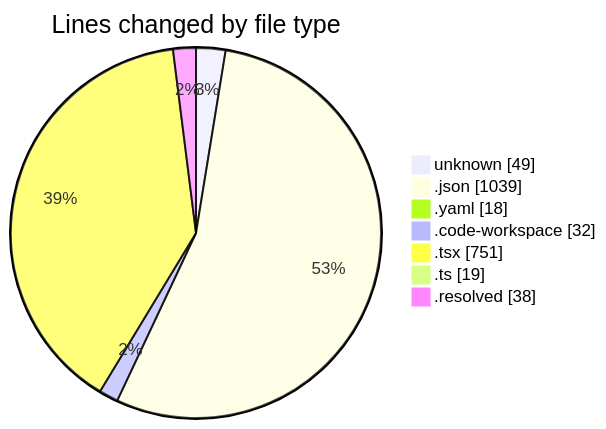
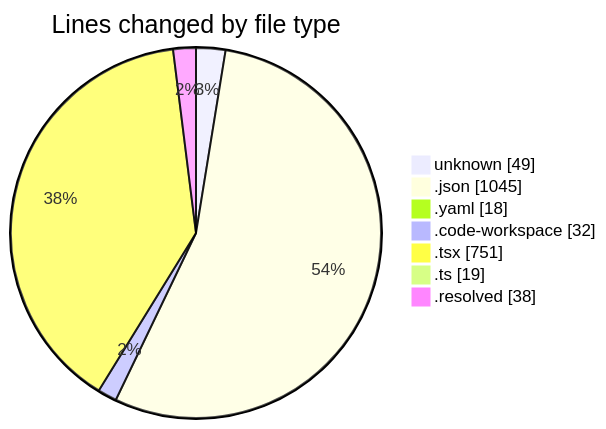
The first of 2 diagrams in 2026-03-04/shadcn-admin-kit-main__workspace_/README.md (jadenblack/code-tracking), drawn with Mermaid before and after one commit. The commit also changed other lines of this file and 1 other file, not shown here.

````diff
--- a/2026-03-04/shadcn-admin-kit-main__workspace_/README.md
+++ b/2026-03-04/shadcn-admin-kit-main__workspace_/README.md
@@ -48,11 +48,11 @@
 ```mermaid
 pie showData
 title Lines changed by file type
 "unknown" : 49
-".json" : 1039
+".json" : 1045
 ".yaml" : 18
 ".code-workspace" : 32
 ".tsx" : 751
 ".ts" : 19
 ".resolved" : 38
 ```
````
